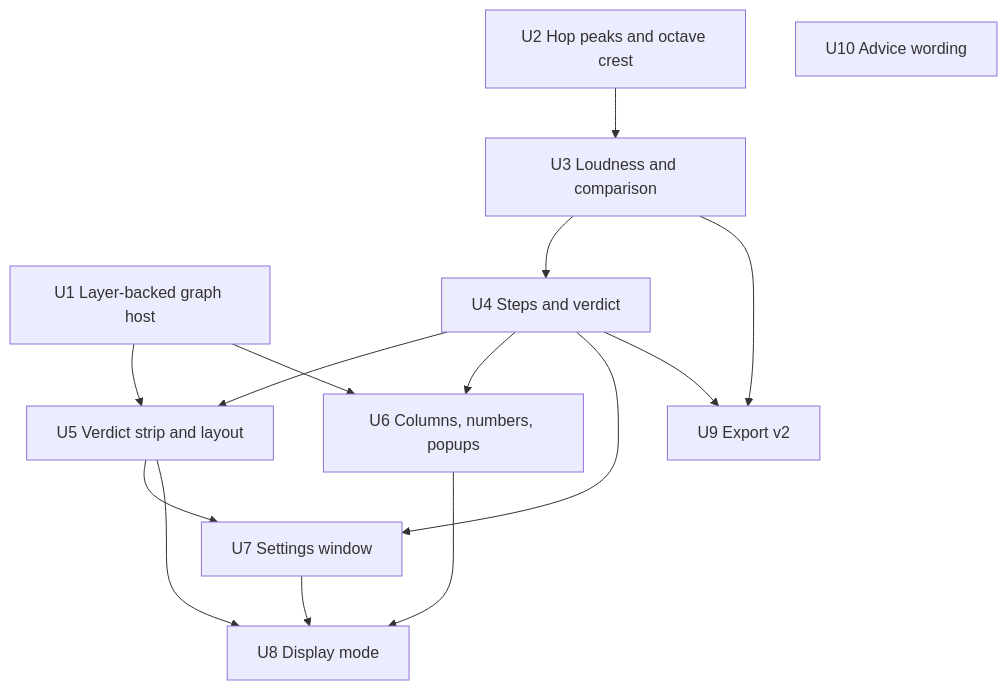
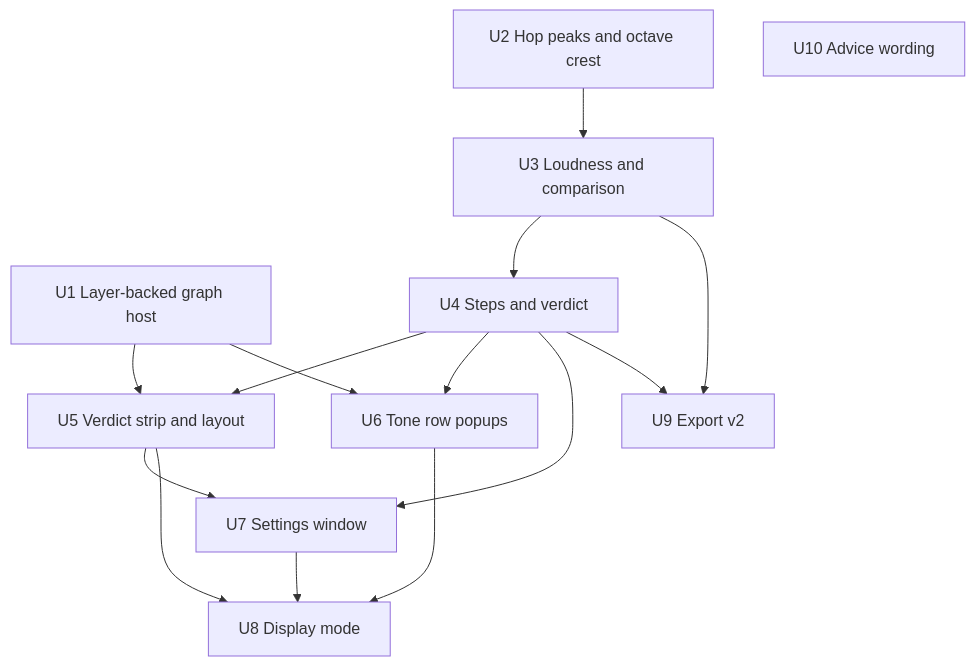
One commit to kyxap1/spectrum-analyzer changed the fourth of 4 diagrams in docs/plans/2026-10-06-1341-feat-levels-verdict-plan.md. Above: the diagram before and after it, drawn with Mermaid. The commit also changed other lines of this file, not shown here.

First line of the commit message:
docs: record the graph rework decisions in the levels verdict plan

````diff
--- a/docs/plans/2026-10-06-1341-feat-levels-verdict-plan.md
+++ b/docs/plans/2026-10-06-1341-feat-levels-verdict-plan.md
@@ -242,18 +243,18 @@
 ```mermaid
 flowchart TB
   U1[U1 Layer-backed graph host]
   U2[U2 Hop peaks and octave crest] --> U3[U3 Loudness and comparison]
   U3 --> U4[U4 Steps and verdict]
   U4 --> U5[U5 Verdict strip and layout]
   U1 --> U5
-  U4 --> U6[U6 Columns, numbers, popups]
+  U4 --> U6[U6 Tone row popups]
   U1 --> U6
   U4 --> U7[U7 Settings window]
   U5 --> U7
   U5 --> U8[U8 Display mode]
   U6 --> U8
   U7 --> U8
   U3 --> U9[U9 Export v2]
   U4 --> U9
   U10[U10 Advice wording]
 ```
````
